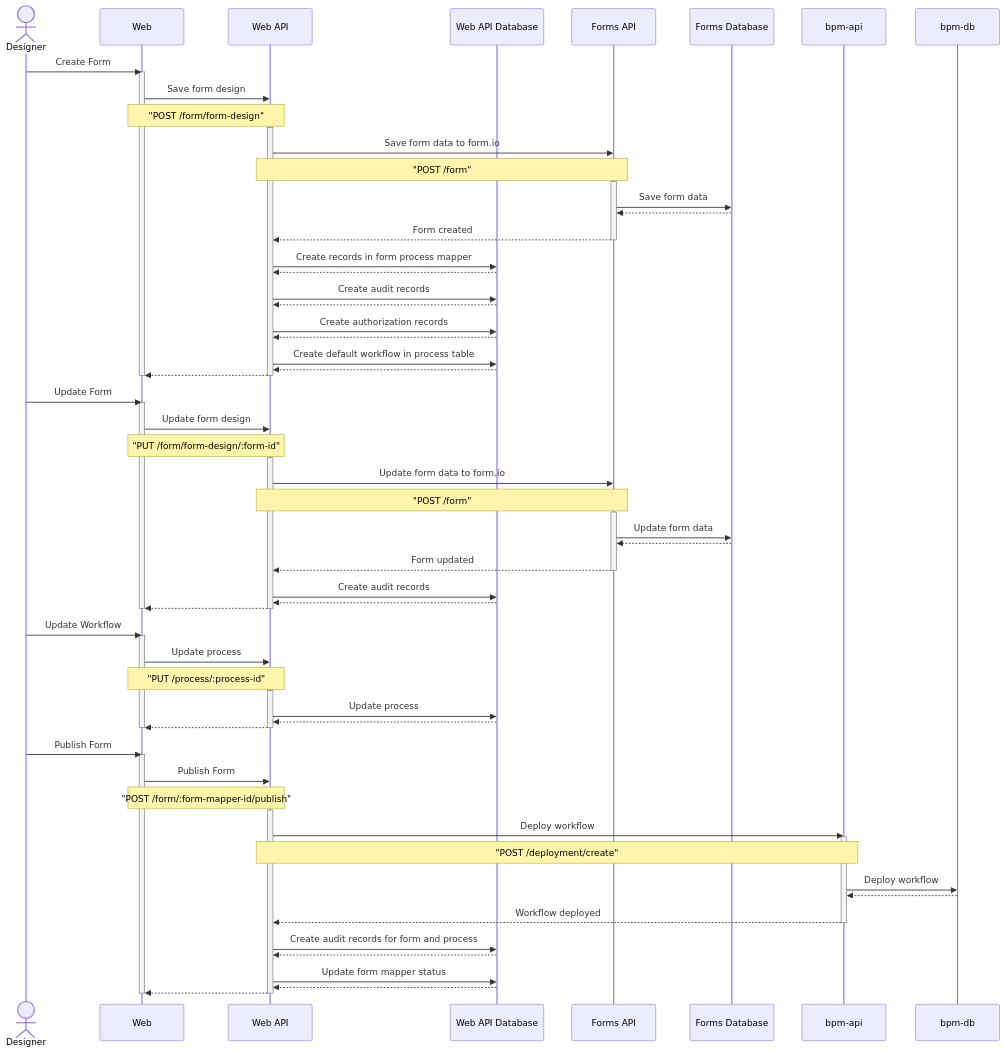
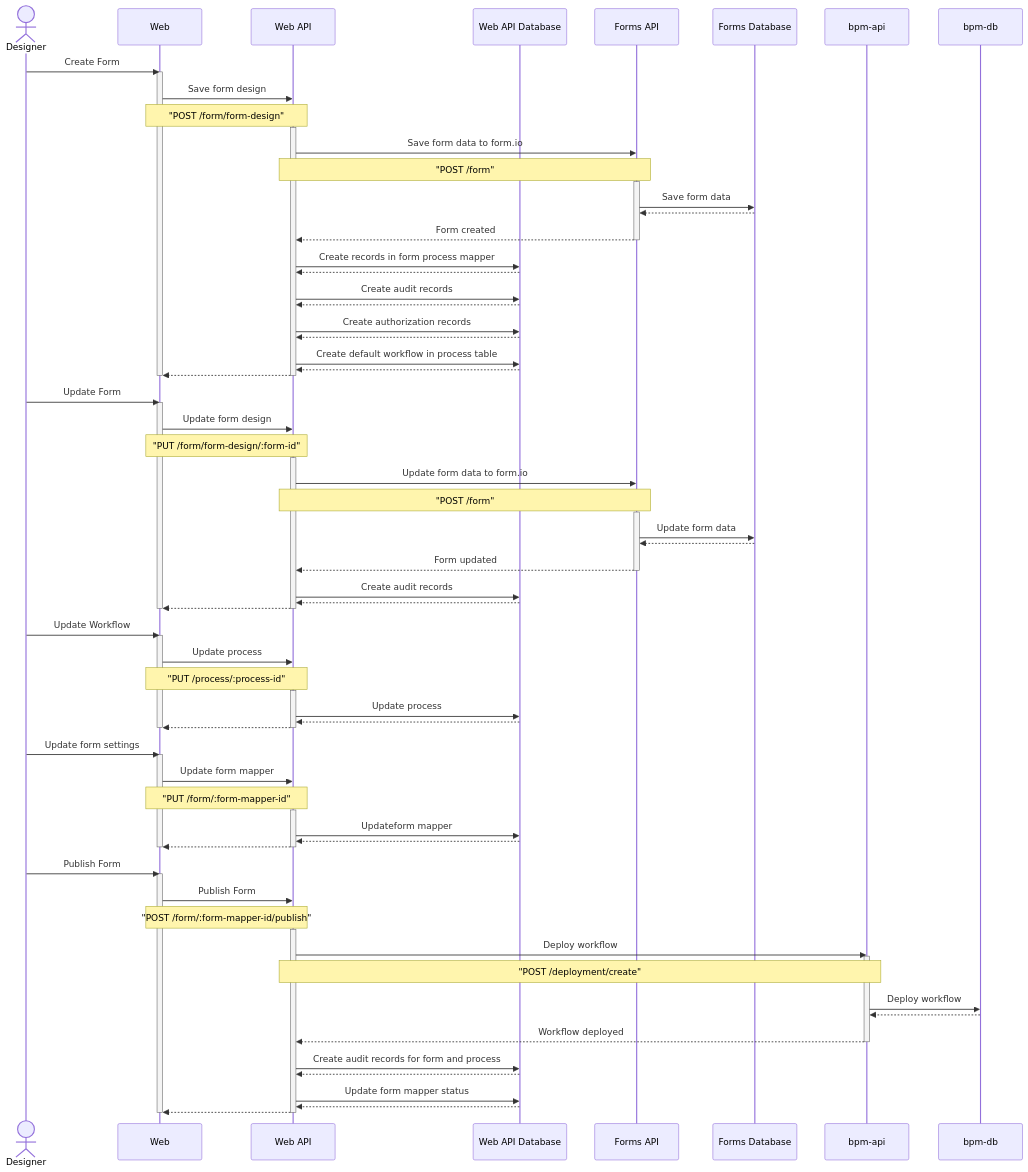
One commit to auslin-aot/forms-flow-ai changed the diagram in docs/sequence-diagrams/designer-flow.md. Above: the diagram before and after it, drawn with Mermaid.

```diff
--- a/docs/sequence-diagrams/designer-flow.md
+++ b/docs/sequence-diagrams/designer-flow.md
@@ -64,6 +64,17 @@
     deactivate web-api 
     deactivate web
 
+    Designer ->> web: Update form settings
+    activate web
+    web ->> web-api: Update form mapper
+    Note over web,web-api: "PUT /form/:form-mapper-id"
+    activate web-api
+    web-api ->> web-api-db: Updateform mapper
+    web-api-db -->> web-api:
+    web-api -->> web:
+    deactivate web-api 
+    deactivate web
+
     Designer ->> web: Publish Form
     activate web
     web ->> web-api: Publish Form
@@ -82,10 +93,7 @@
     web-api-db -->> web-api:
     web-api -->> web:
     deactivate web-api
-    deactivate web
-    
-
-    
+    deactivate web  
 
 
 
```
